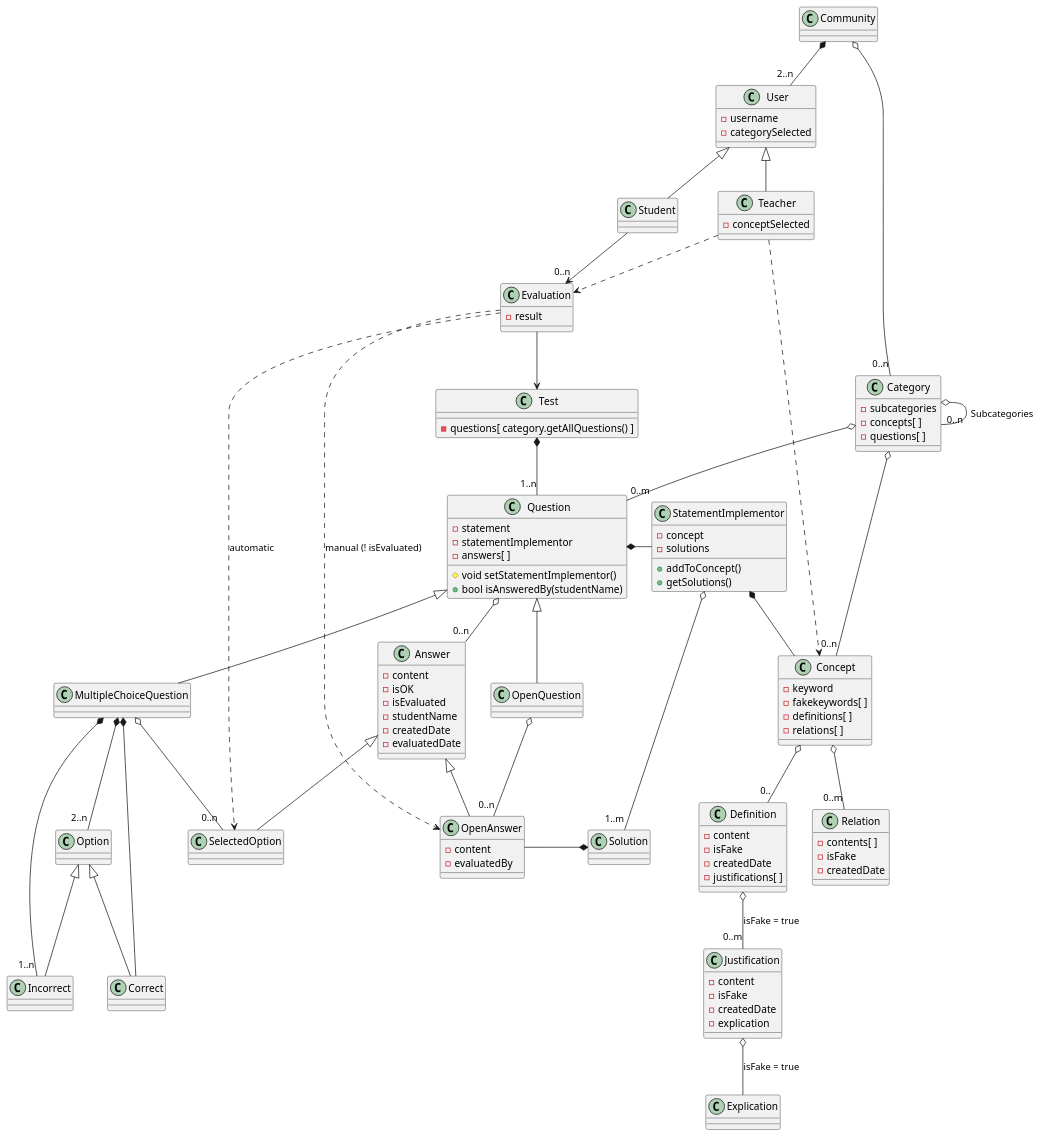
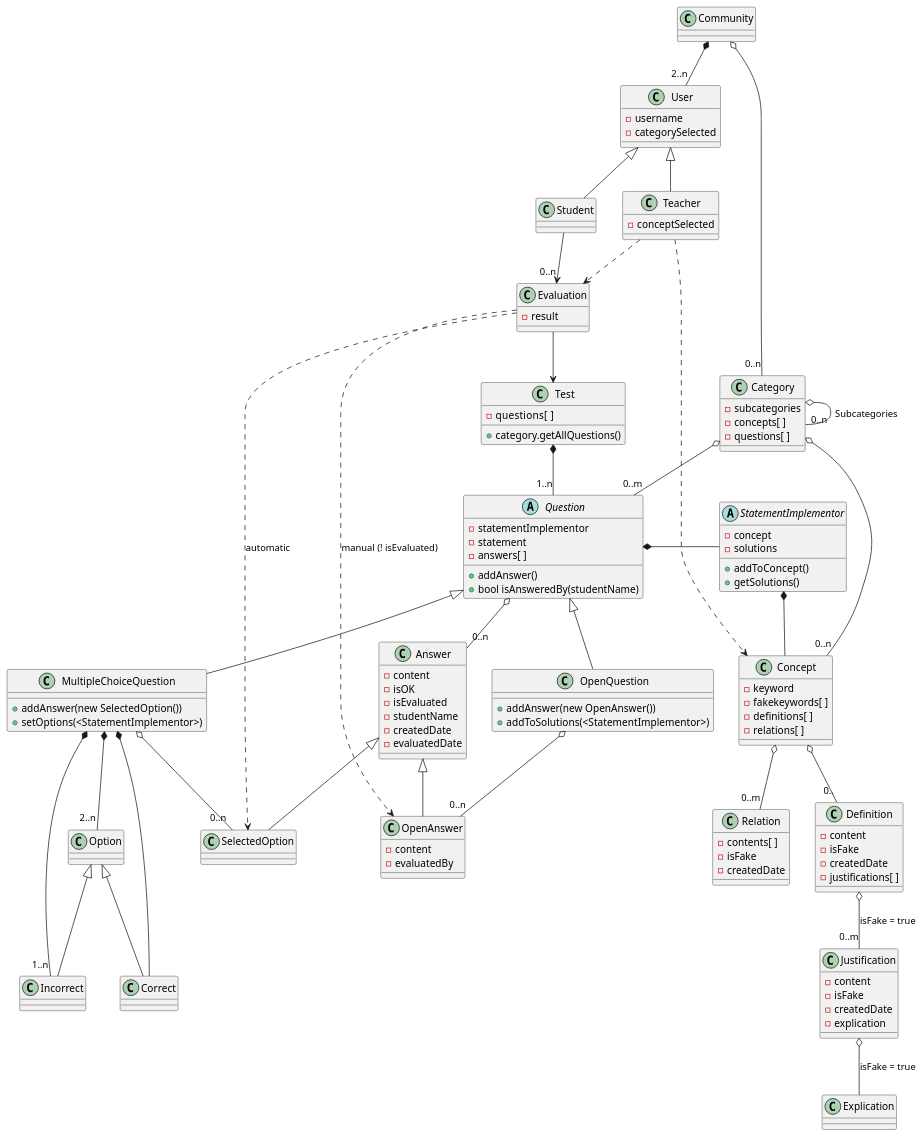
The diagram in doc/dominio_clases.puml (Joselon/ProyectoOpoTest), drawn with PlantUML before and after one commit. The commit also changed 1 other file, not shown here.

```diff
--- a/doc/dominio_clases.puml
+++ b/doc/dominio_clases.puml
@@ -1,146 +1,157 @@
 @startuml OpoTestDomain
 
 class Community
 
 class User {
     - username
     - categorySelected
 }
 
 class Teacher {
     -conceptSelected
 }
 
 class Student
 
 class Evaluation {
     - result
 }
 
 class Category {
     - subcategories
     - concepts[ ]
     - questions[ ]
 }
 
 class Test {
-    - questions[ category.getAllQuestions() ]
+    - questions[  ]
+    + category.getAllQuestions()
 }
 
 class Concept {
     - keyword
     - fakekeywords[ ]
     - definitions[ ]
     - relations[ ]
     
 }
 
 class Definition {
     - content
     - isFake
     - createdDate
     - justifications[ ]
 }
 
 class Justification {
     - content
     - isFake
     - createdDate
     - explication
 }
 
 class Relation {
     - contents[ ]
     - isFake
     - createdDate
 }
 
-class Question {
+abstract class Question {
+    - statementImplementor
     - statement
-    - statementImplementor
     - answers[ ]
-    # void setStatementImplementor()
+
+    + addAnswer()
     + bool isAnsweredBy(studentName)
 }
 
-class StatementImplementor {
+abstract class StatementImplementor {
     - concept
     - solutions
+
+    
     + addToConcept()
     + getSolutions()
 }
 
 class Answer {
     - content
     - isOK
     - isEvaluated
     - studentName
     - createdDate
     - evaluatedDate
 }
 
-class MultipleChoiceQuestion
+class MultipleChoiceQuestion {
+    + addAnswer(new SelectedOption())
+     + setOptions(<StatementImplementor>)
+}
 
-class OpenQuestion
+class OpenQuestion {
+    + addAnswer(new OpenAnswer())
+    + addToSolutions(<StatementImplementor>)
+}
 
 class Option
 
 class Correct
 
 Class Incorrect
 
 class OpenAnswer {
     - content
     - evaluatedBy
 }
 
 Class SelectedOption {
 
 }
 
 Community *--"2..n" User
 Community o--"0..n" Category
 
 Category o--"0..n" Category : Subcategories
 
 User <|-- Teacher
 User <|-- Student
 
 Teacher ..> Concept
 Category o--"0..n" Concept
 Category o--"0..m" Question
 StatementImplementor *-- Concept
 Concept o--"0.." Definition
 Definition o--"0..m" Justification: isFake = true
 Justification o-- Explication: isFake = true
 Concept o--"0..m" Relation
 
 Student -->"0..n" Evaluation
 Evaluation --> Test
 
 Teacher ..> Evaluation
 'Definition ..> OpenAnswer :isUsefulToConcept
 'Justification ..> OpenAnswer :isUsefulToConcept
 'Relation ..> OpenAnswer :isUsefulToConcept
 
 Evaluation ..> OpenAnswer : manual (! isEvaluated)
 Evaluation ..> SelectedOption : automatic
 
 Test *--"1..n" Question
 Question <|-- MultipleChoiceQuestion
 Question <|-- OpenQuestion
 Question *-  StatementImplementor
 MultipleChoiceQuestion *--"2..n" Option
 Option <|-- Incorrect
 Option <|-- Correct
 MultipleChoiceQuestion *-- Correct
 MultipleChoiceQuestion *--"1..n" Incorrect
 MultipleChoiceQuestion o--"0..n" SelectedOption
 OpenQuestion o--"0..n" OpenAnswer
 Question o--"0..n" Answer
 Answer <|-- OpenAnswer
 Answer <|-- SelectedOption
-OpenAnswer -* Solution
-StatementImplementor o--"1..m" Solution
+'OpenAnswer -* "1..m<n" Solution
+'StatementImplementor o--"1..m" Solution
+'Option ..> Solution
 
 @enduml
```
